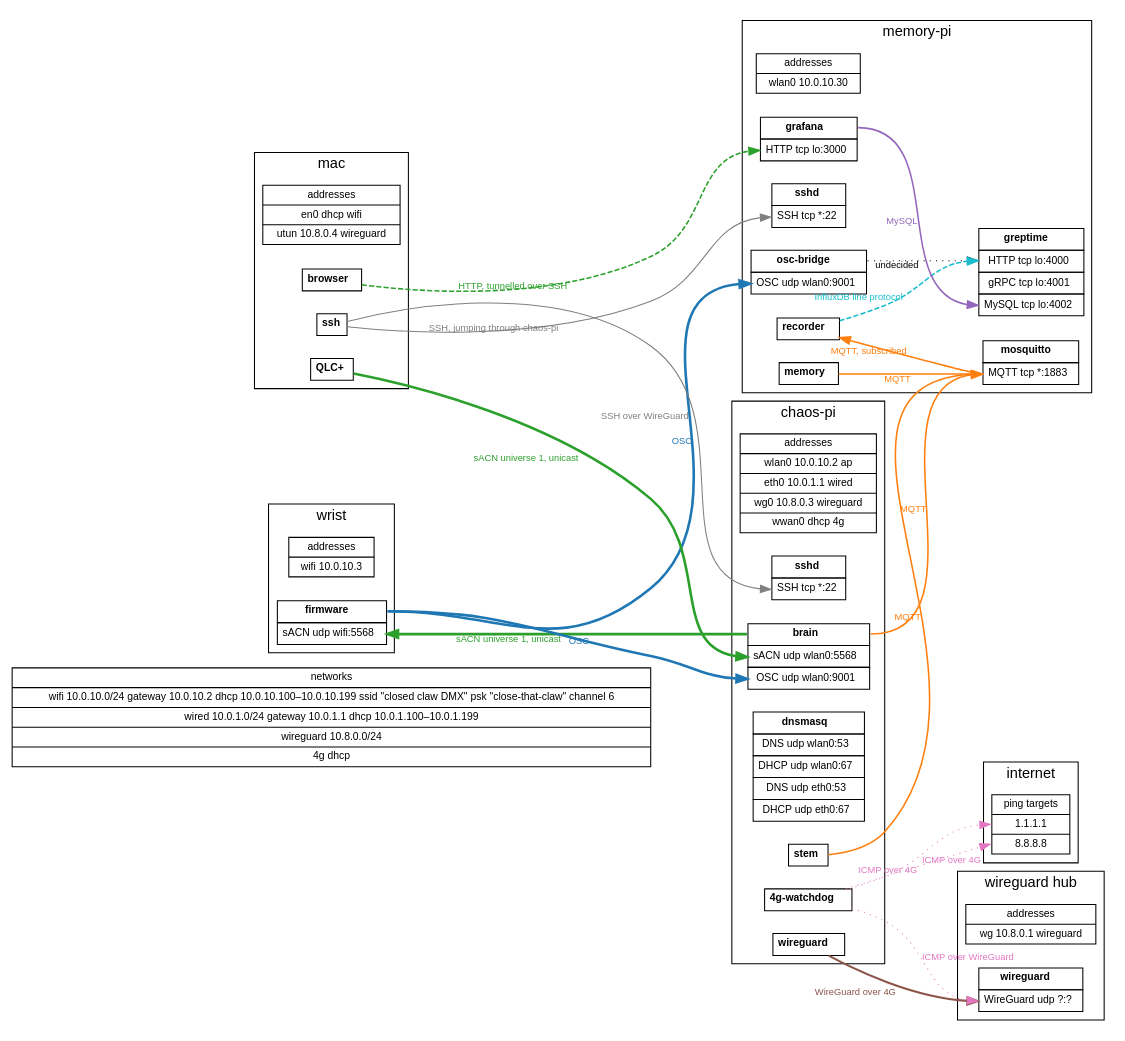
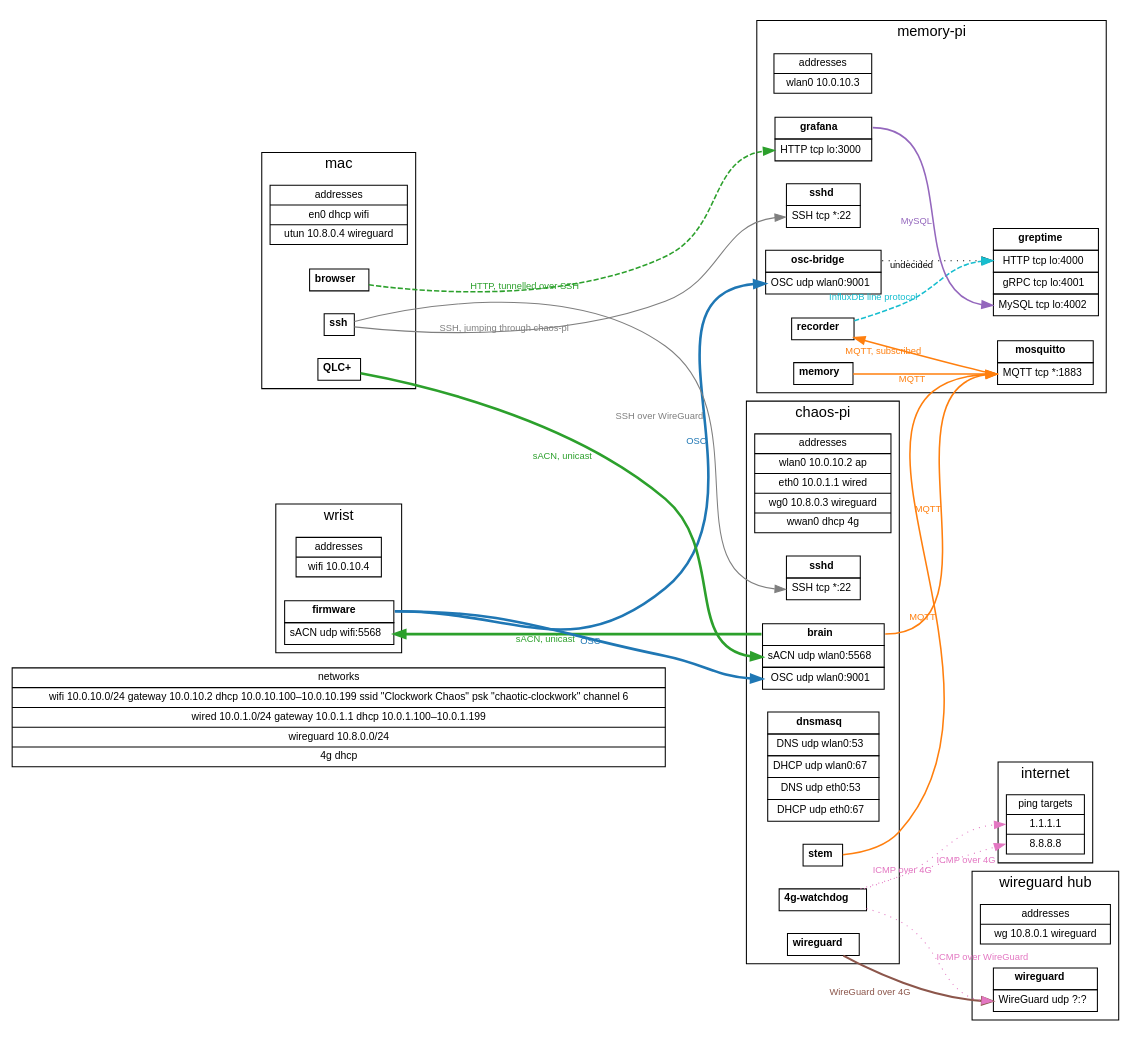
The diagram in clockwork.dot (kjkoster/tensegrity-open-claw), drawn with Graphviz before and after one commit. The commit also changed 45 other files, not shown here.

Commit message:
Lots of work done. Added a network map in the form of a `.dot` file, so we can visualise and code generate from a single file. Revived memory-pi and switched all systems to the new network layout. First, untested version of the wrist firmware.

```diff
--- a/clockwork.dot
+++ b/clockwork.dot
@@ -27,7 +27,8 @@
 //   an edge                 from the title of the service that connects to the port it connects
 //                           to, labelled with what flows. Data flows the same way, except where
 //                           a subscriber connects to fetch it: `dir=back` turns that arrow round
-//                           to show the flow. sACN always names its universe. sACN is unicast only:
+//                           to show the flow. sACN carries the one universe clockwork.qxw
+//                           sets, so its edges do not name it. sACN is unicast only:
 //                           one edge per sender and recipient, sent to the recipient's
 //                           address on the network they share. Edges sit in one
 //                           subgraph per protocol, named after it, which also sets its colour
@@ -38,7 +39,7 @@
     node [shape=record, fontname="Helvetica", fontsize=10];
     edge [fontname="Helvetica", fontsize=9];
 
-    networks [label="networks|<wifi> wifi 10.0.10.0/24 gateway 10.0.10.2 dhcp 10.0.10.100–10.0.10.199 ssid \"closed claw DMX\" psk \"close-that-claw\" channel 6|<wired> wired 10.0.1.0/24 gateway 10.0.1.1 dhcp 10.0.1.100–10.0.1.199|<wireguard> wireguard 10.8.0.0/24|<4g> 4g dhcp"];
+    networks [label="networks|<wifi> wifi 10.0.10.0/24 gateway 10.0.10.2 dhcp 10.0.10.100–10.0.10.199 ssid \"Clockwork Chaos\" psk \"chaotic-clockwork\" channel 6|<wired> wired 10.0.1.0/24 gateway 10.0.1.1 dhcp 10.0.1.100–10.0.1.199|<wireguard> wireguard 10.8.0.0/24|<4g> 4g dhcp"];
 
     // ── Devices ──────────────────────────────────────────────────────────────────────────────
 
@@ -79,7 +80,7 @@
     subgraph cluster_memory_pi {
         label="memory-pi";
 
-        memory_pi_if [label="addresses|wlan0 10.0.10.30"];
+        memory_pi_if [label="addresses|wlan0 10.0.10.3"];
 
         node [shape=plain];
 
@@ -116,7 +117,7 @@
     subgraph cluster_wrist {
         label="wrist";
 
-        wrist_if [label="addresses|wifi 10.0.10.3"];
+        wrist_if [label="addresses|wifi 10.0.10.4"];
 
         node [shape=plain];
 
@@ -167,8 +168,8 @@
 
     subgraph sacn {
         edge [color="#2ca02c", fontcolor="#2ca02c", penwidth=2.5];
-        mac_qlc:title        -> chaos_pi_brain:sacn [xlabel="sACN universe 1, unicast"];
-        chaos_pi_brain:title -> wrist_firmware:sacn [xlabel="sACN universe 1, unicast"];
+        mac_qlc:title        -> chaos_pi_brain:sacn [xlabel="sACN, unicast"];
+        chaos_pi_brain:title -> wrist_firmware:sacn [xlabel="sACN, unicast"];
     }
 
     subgraph osc {
```
